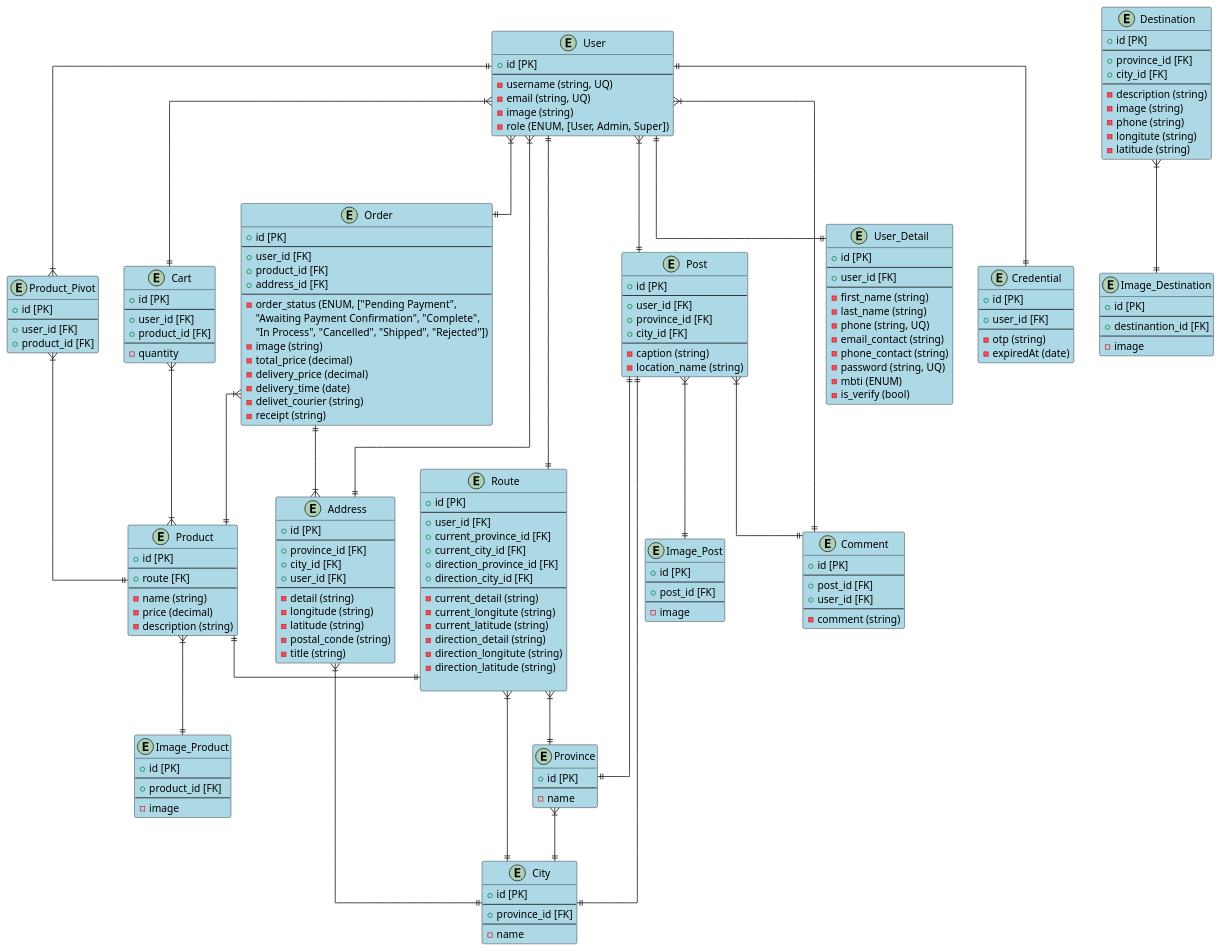
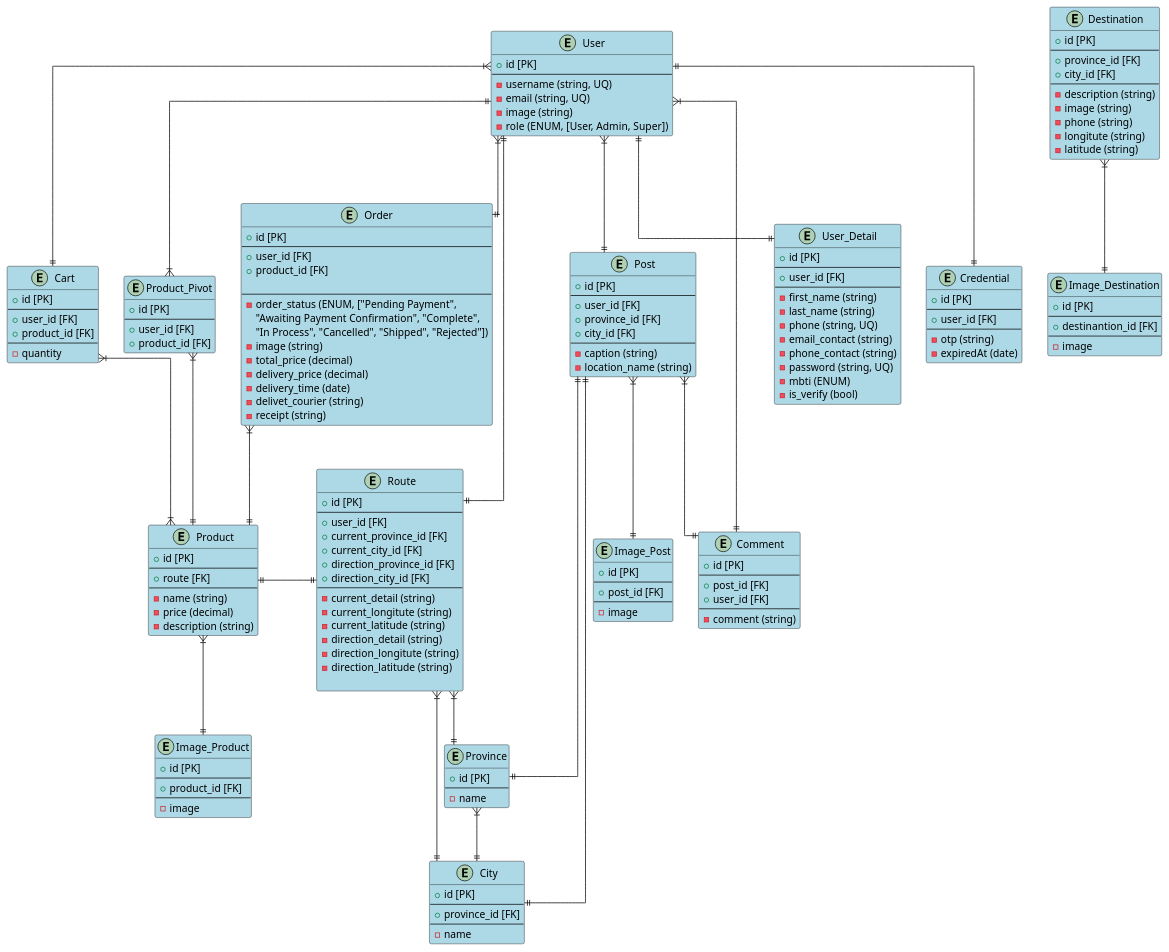
One commit to usaidaka/Travelink changed the diagram in server/database.puml. Above: the diagram before and after it, drawn with PlantUML. The commit also changed 6 other files, not shown here.

```diff
--- a/server/database.puml
+++ b/server/database.puml
@@ -41,20 +41,7 @@
   -role (ENUM, [User, Admin, Super])
 }
 
-entity "Address" {
-    /' V '/    
-  + id [PK]
-  --
-  + province_id [FK]
-  + city_id [FK]
-  + user_id [FK]
-  --
-  -detail (string)
-  -longitude (string)
-  -latitude (string)
-  -postal_conde (string)
-  -title (string)
-}
+
 
 entity "Route"{
     /' V '/    
@@ -151,7 +138,7 @@
   --
   + user_id [FK]
   + product_id [FK]
-  + address_id [FK]
+
   --
   -order_status (ENUM, ["Pending Payment", 
   "Awaiting Payment Confirmation", "Complete",
@@ -222,7 +209,7 @@
 ' user
 User ||--|| User_Detail
 User ||--|| Credential
-User }|--|| Address
+
 User ||--|| Route
 User ||--|{ Product_Pivot 
 Product_Pivot }|--|| Product
@@ -233,7 +220,7 @@
 Product }|--|| Image_Product
 Route }|--|| City
 Route }|--|| Province
-Address }|--|| City
+
 User }|--|| Order
 Order }|--|| Product
 Post ||--|| Province
@@ -243,7 +230,7 @@
 Post }|--||Comment
 User }|--|| Comment
 Destination }|--||Image_Destination
-Order ||--|{ Address
+
 
 
 
```
